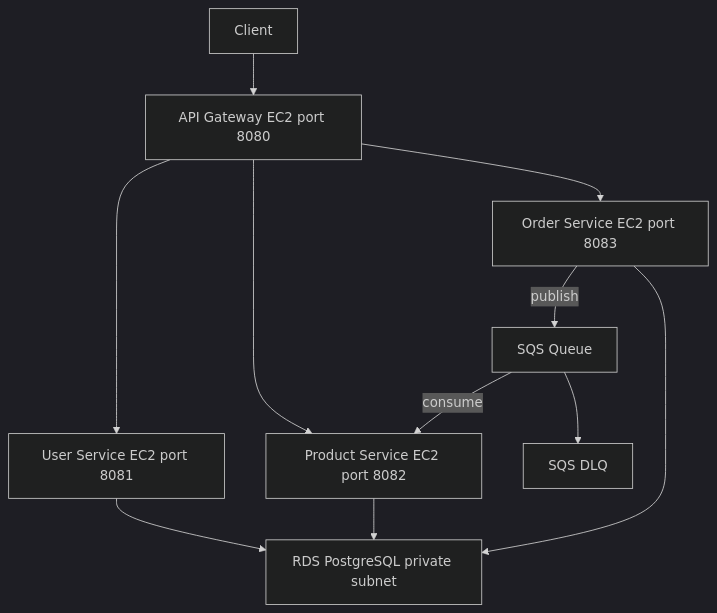
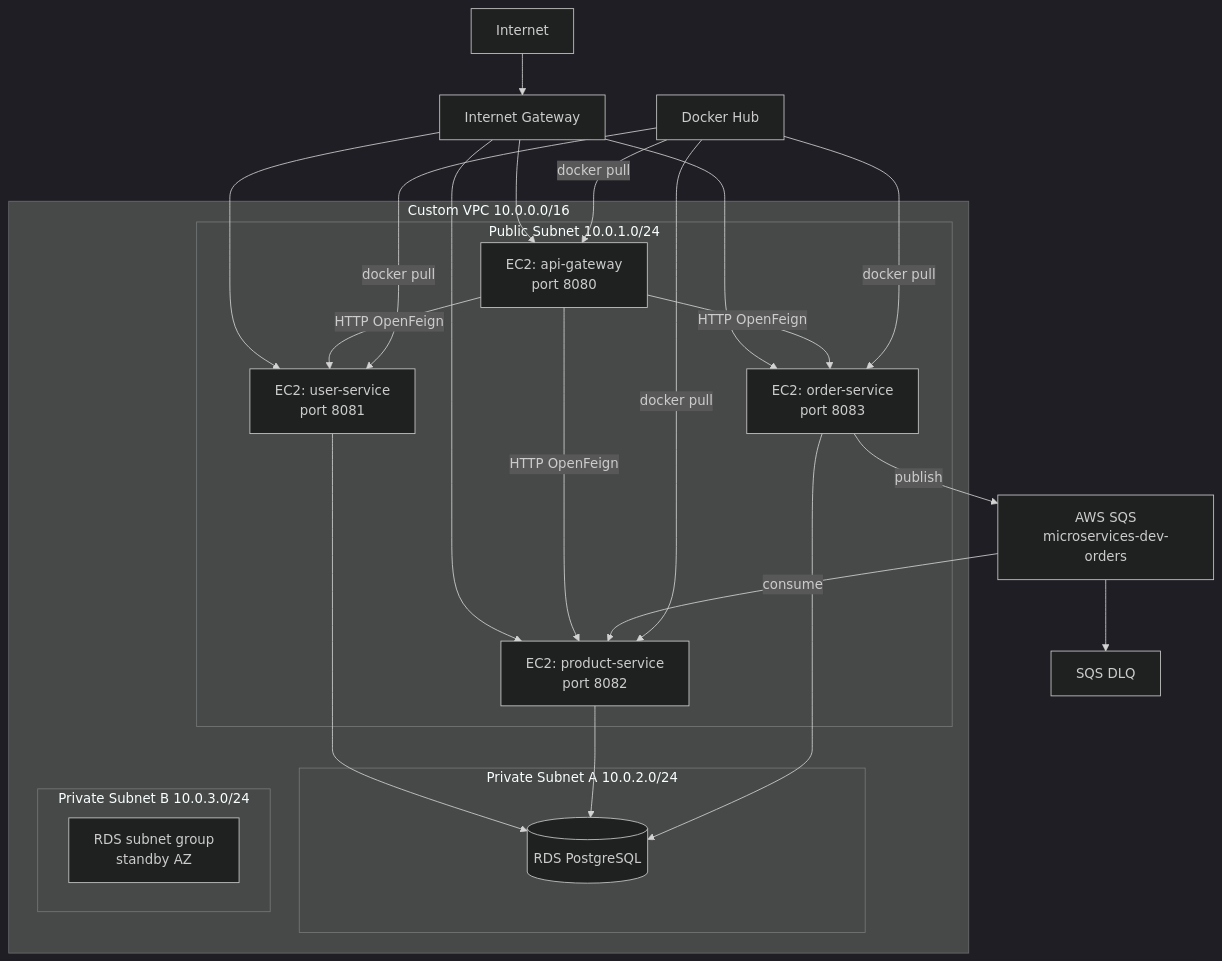
One commit to CLOUD-INFORMATION-SYSTEMS-LUSOFONA/microservices-project-22306242 changed the second of 2 diagrams in docs/architecture.md. Above: the diagram before and after it, drawn with Mermaid (dark theme). The commit also changed other lines of this file and 4 other files, not shown here.

Commit message:
docs: improve architecture with sequence diagram, design decisions, detailed security and limitations

````diff
--- a/docs/architecture.md
+++ b/docs/architecture.md
@@ -9,13 +39,35 @@
 ```mermaid
 graph TD
-    Client[Client] --> GW[API Gateway EC2 port 8080]
-    GW --> US[User Service EC2 port 8081]
-    GW --> PS[Product Service EC2 port 8082]
-    GW --> OS[Order Service EC2 port 8083]
-    US --> RDS[RDS PostgreSQL private subnet]
+    Internet --> IGW[Internet Gateway]
+    subgraph VPC ["Custom VPC 10.0.0.0/16"]
+        subgraph Public ["Public Subnet 10.0.1.0/24"]
+            GW[EC2: api-gateway\nport 8080]
+            US[EC2: user-service\nport 8081]
+            PS[EC2: product-service\nport 8082]
+            OS[EC2: order-service\nport 8083]
+        end
+        subgraph PrivateA ["Private Subnet A 10.0.2.0/24"]
+            RDS[(RDS PostgreSQL)]
+        end
+        subgraph PrivateB ["Private Subnet B 10.0.3.0/24"]
+            RDS2[RDS subnet group\nstandby AZ]
+        end
+    end
+    IGW --> GW
+    IGW --> US
+    IGW --> PS
+    IGW --> OS
+    GW -->|HTTP OpenFeign| US
+    GW -->|HTTP OpenFeign| PS
+    GW -->|HTTP OpenFeign| OS
+    OS -->|publish| SQS[AWS SQS\nmicroservices-dev-orders]
+    SQS -->|consume| PS
+    SQS --> DLQ[SQS DLQ]
+    US --> RDS
     PS --> RDS
     OS --> RDS
-    OS -->|publish| SQS[SQS Queue]
-    SQS -->|consume| PS
-    SQS --> DLQ[SQS DLQ]
+    DockerHub[Docker Hub] -->|docker pull| GW
+    DockerHub -->|docker pull| US
+    DockerHub -->|docker pull| PS
+    DockerHub -->|docker pull| OS
 ```
````
